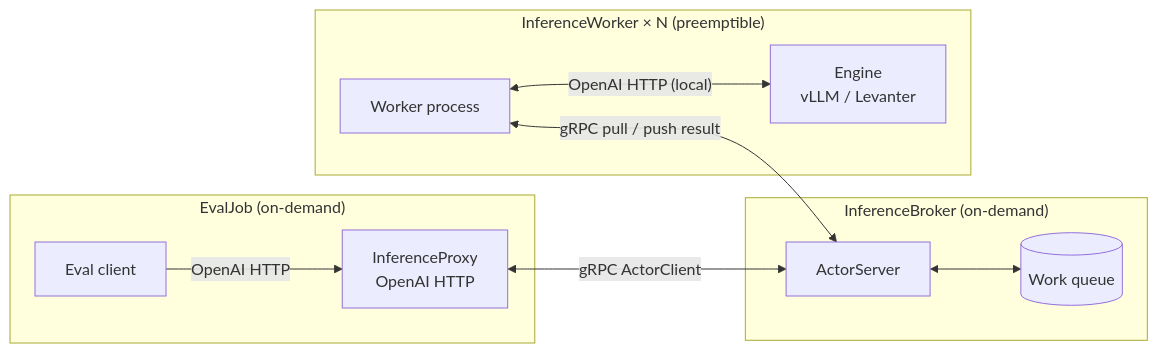
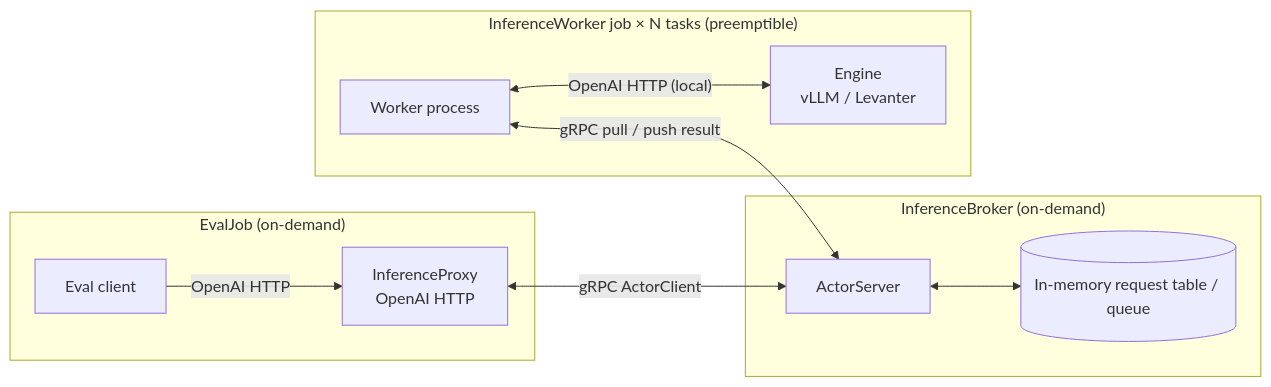
One commit to marin-community/marin changed the diagram in .agents/projects/inference-service/rfc.md. Above: the diagram before and after it, drawn with Mermaid. The commit also changed other lines of this file, not shown here.

First line of the commit message:
[docs] Update inference service RFC

````diff
--- a/.agents/projects/inference-service/rfc.md
+++ b/.agents/projects/inference-service/rfc.md
@@ -63,20 +73,20 @@
 ```mermaid
 flowchart LR
   subgraph EvalJob["EvalJob (on-demand)"]
     Client[Eval client]
     Proxy[InferenceProxy<br/>OpenAI HTTP]
   end
   subgraph Broker["InferenceBroker (on-demand)"]
     Actor[ActorServer]
-    Queue[(Work queue)]
+    Queue[(In-memory request table / queue)]
   end
-  subgraph Workers["InferenceWorker × N (preemptible)"]
+  subgraph Workers["InferenceWorker job × N tasks (preemptible)"]
     WP[Worker process]
     Engine[Engine<br/>vLLM / Levanter]
   end
   Client -->|"OpenAI HTTP"| Proxy
   Proxy <-->|"gRPC ActorClient"| Actor
   Actor <--> Queue
   WP <-->|"gRPC pull / push result"| Actor
   WP <-->|"OpenAI HTTP (local)"| Engine
 ```
````
